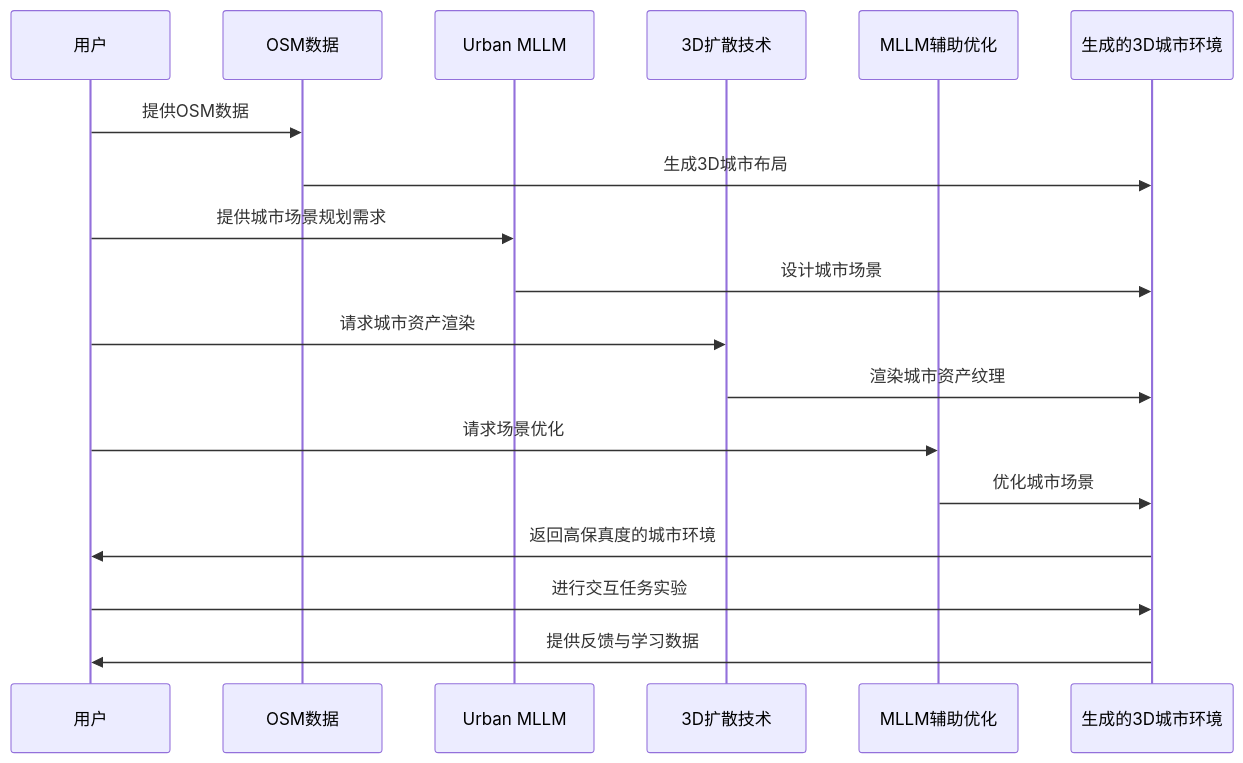
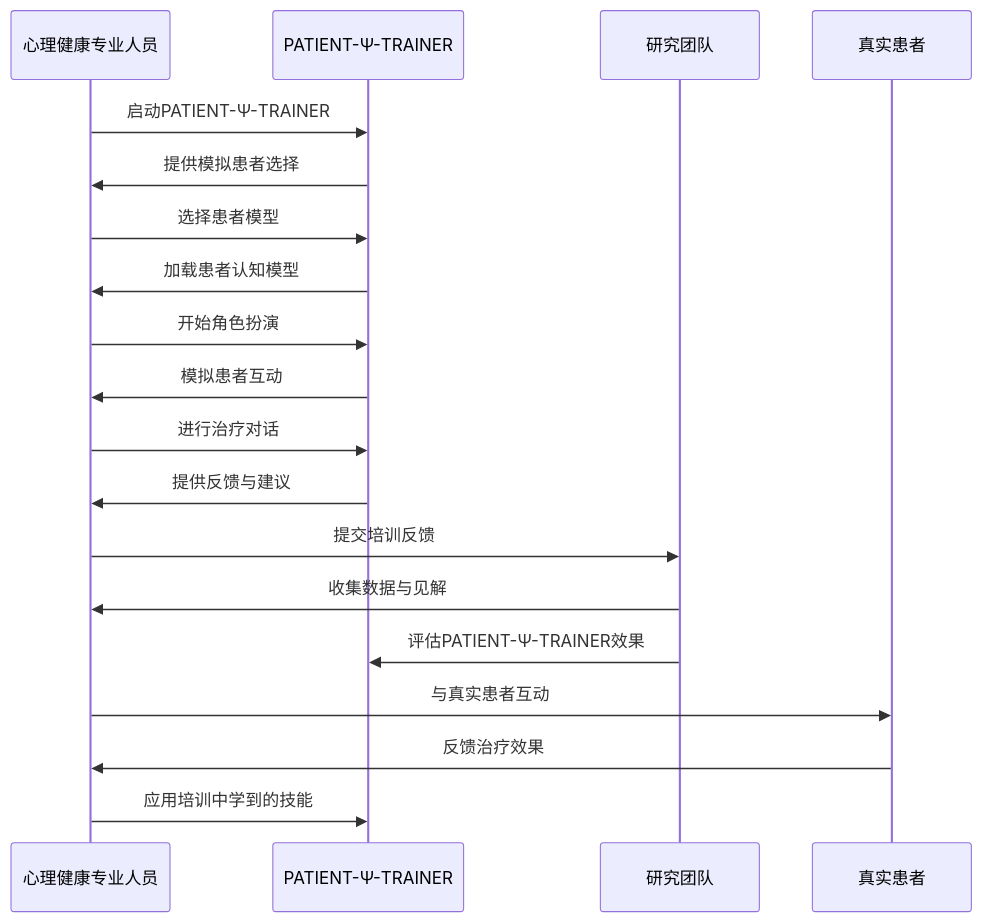
The third of 4 diagrams in 虚拟交互或人与AI_chatbot的交互.md (Fabreque/charles), drawn with Mermaid before and after one commit. The commit also changed other lines of this file and 2 other files, not shown here.

````diff
--- a/虚拟交互或人与AI_chatbot的交互.md
+++ b/虚拟交互或人与AI_chatbot的交互.md
@@ -153,21 +189,25 @@
 ```mermaid
 sequenceDiagram
-    participant U as 用户
-    participant O as OSM数据
-    participant M as Urban MLLM
-    participant D as 3D扩散技术
-    participant S as MLLM辅助优化
-    participant R as 生成的3D城市环境
+    participant A as 心理健康专业人员
+    participant B as PATIENT-Ψ-TRAINER
+    participant C as 研究团队
+    participant D as 真实患者
 
-    U->>O: 提供OSM数据
-    O->>R: 生成3D城市布局
-    U->>M: 提供城市场景规划需求
-    M->>R: 设计城市场景
-    U->>D: 请求城市资产渲染
-    D->>R: 渲染城市资产纹理
-    U->>S: 请求场景优化
-    S->>R: 优化城市场景
-    R->>U: 返回高保真度的城市环境
-    U->>R: 进行交互任务实验
-    R->>U: 提供反馈与学习数据
+    A->>B: 启动PATIENT-Ψ-TRAINER
+    B->>A: 提供模拟患者选择
+    A->>B: 选择患者模型
+    B->>A: 加载患者认知模型
+
+    A->>B: 开始角色扮演
+    B->>A: 模拟患者互动
+    A->>B: 进行治疗对话
+    B->>A: 提供反馈与建议
+
+    A->>C: 提交培训反馈
+    C->>A: 收集数据与见解
+    C->>B: 评估PATIENT-Ψ-TRAINER效果
+
+    A->>D: 与真实患者互动
+    D->>A: 反馈治疗效果
+    A->>B: 应用培训中学到的技能
 ```
````
